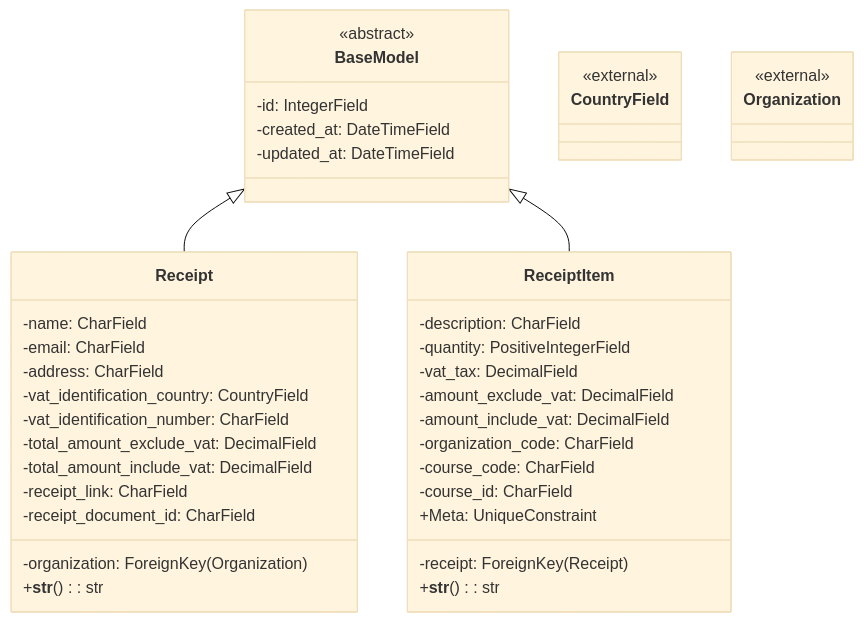
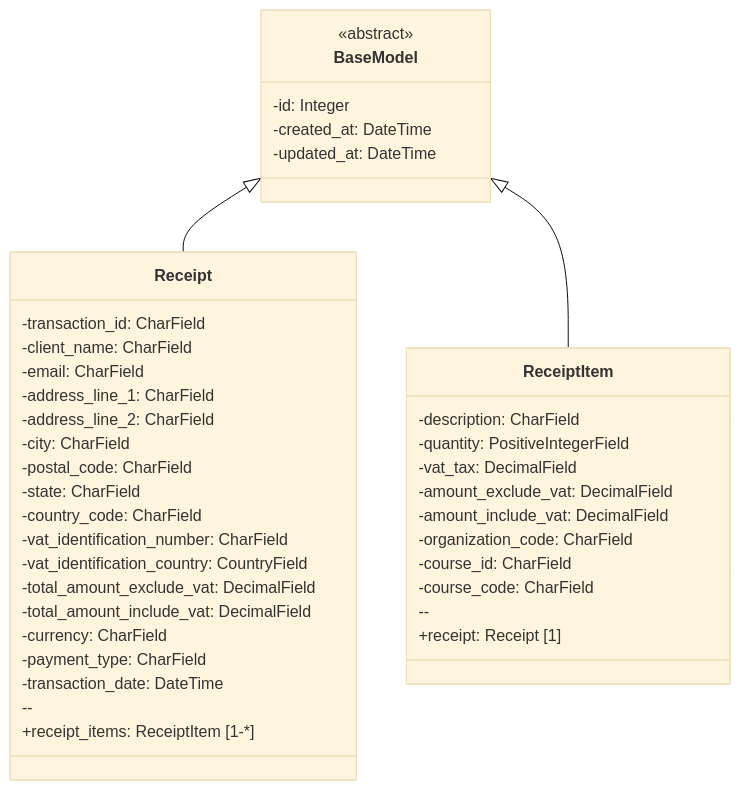
Before and after one commit to fccn/nau-financial-manager: the diagram in apps/billing/README.md, drawn with Mermaid (base theme). The commit also changed 1 other file, not shown here.

Commit message:
docs: update mermaid classes and changelog

````diff
--- a/apps/billing/README.md
+++ b/apps/billing/README.md
@@ -8,43 +8,43 @@
 ```mermaid
 classDiagram
     class BaseModel {
         <<abstract>>
-        -id: IntegerField
-        -created_at: DateTimeField
-        -updated_at: DateTimeField
-    }
-    class CountryField {
-        <<external>>
-    }
-    class Organization {
-        <<external>>
+        -id: Integer
+        -created_at: DateTime
+        -updated_at: DateTime
     }
     class Receipt {
-        -name: CharField
+        -transaction_id: CharField
+        -client_name: CharField
         -email: CharField
-        -address: CharField
+        -address_line_1: CharField
+        -address_line_2: CharField
+        -city: CharField
+        -postal_code: CharField
+        -state: CharField
+        -country_code: CharField
+        -vat_identification_number: CharField
         -vat_identification_country: CountryField
-        -vat_identification_number: CharField
         -total_amount_exclude_vat: DecimalField
         -total_amount_include_vat: DecimalField
-        -receipt_link: CharField
-        -receipt_document_id: CharField
-        -organization: ForeignKey(Organization)
-        +__str__(): str
+        -currency: CharField
+        -payment_type: CharField
+        -transaction_date: DateTime
+        --
+        +receipt_items: ReceiptItem [1-*]
     }
     class ReceiptItem {
-        -receipt: ForeignKey(Receipt)
         -description: CharField
         -quantity: PositiveIntegerField
         -vat_tax: DecimalField
         -amount_exclude_vat: DecimalField
         -amount_include_vat: DecimalField
         -organization_code: CharField
+        -course_id: CharField
         -course_code: CharField
-        -course_id: CharField
-        +__str__(): str
-        +Meta: UniqueConstraint
+        --
+        +receipt: Receipt [1]
     }
     BaseModel <|-- Receipt
     BaseModel <|-- ReceiptItem
 ```
````
